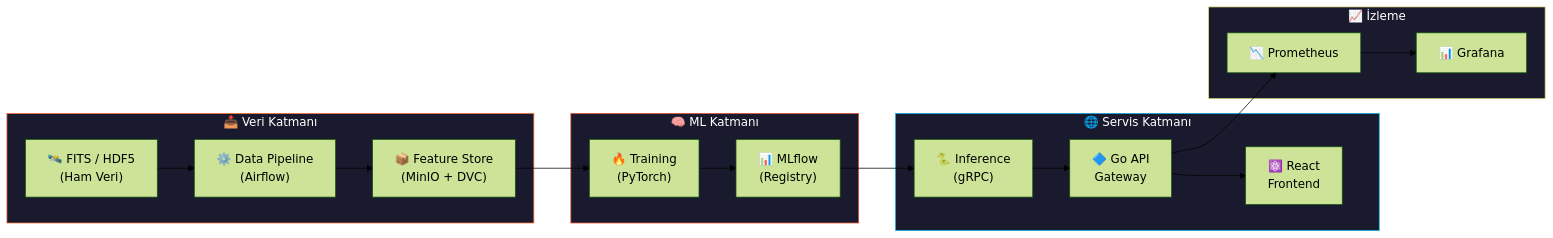
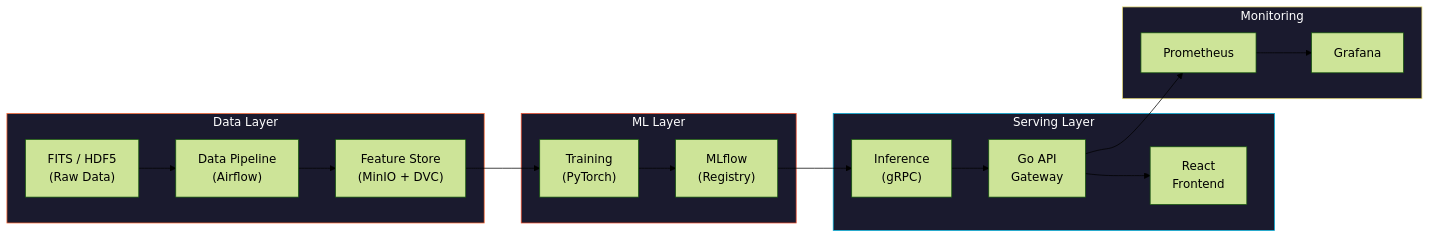
One commit to Octapull/deephorizon changed the first of 3 diagrams in README.md. Above: the diagram before and after it, drawn with Mermaid (forest theme). The commit also changed other lines of this file and 2 other files, not shown here.

Commit message:
docs: overhaul README with ML pipeline, success criteria, K8s and bilingual support

````diff
--- a/README.md
+++ b/README.md
@@ -149,28 +168,28 @@
 ```mermaid
 flowchart LR
-    subgraph Ingest ["📥 Veri Katmanı"]
-        A["🛰️ FITS / HDF5\n(Ham Veri)"] --> B["⚙️ Data Pipeline\n(Airflow)"]
-        B --> C["📦 Feature Store\n(MinIO + DVC)"]
+    subgraph Ingest ["Data Layer"]
+        A["FITS / HDF5\n(Raw Data)"] --> B["Data Pipeline\n(Airflow)"]
+        B --> C["Feature Store\n(MinIO + DVC)"]
     end
 
-    subgraph ML ["🧠 ML Katmanı"]
-        C --> D["🔥 Training\n(PyTorch)"]
-        D --> E["📊 MLflow\n(Registry)"]
+    subgraph ML ["ML Layer"]
+        C --> D["Training\n(PyTorch)"]
+        D --> E["MLflow\n(Registry)"]
     end
 
-    subgraph Serve ["🌐 Servis Katmanı"]
-        E --> F["🐍 Inference\n(gRPC)"]
-        F --> G["🔷 Go API\nGateway"]
-        G --> H["⚛️ React\nFrontend"]
+    subgraph Serve ["Serving Layer"]
+        E --> F["Inference\n(gRPC)"]
+        F --> G["Go API\nGateway"]
+        G --> H["React\nFrontend"]
     end
 
-    subgraph Monitor ["📈 İzleme"]
-        G --> I["📉 Prometheus"]
-        I --> J["📊 Grafana"]
+    subgraph Monitor ["Monitoring"]
+        G --> I["Prometheus"]
+        I --> J["Grafana"]
     end
 
     style Ingest fill:#1a1a2e,stroke:#FF6B35,color:#fff
     style ML fill:#1a1a2e,stroke:#EE4C2C,color:#fff
     style Serve fill:#1a1a2e,stroke:#00ADD8,color:#fff
     style Monitor fill:#1a1a2e,stroke:#E6DB74,color:#fff
 ```
````
